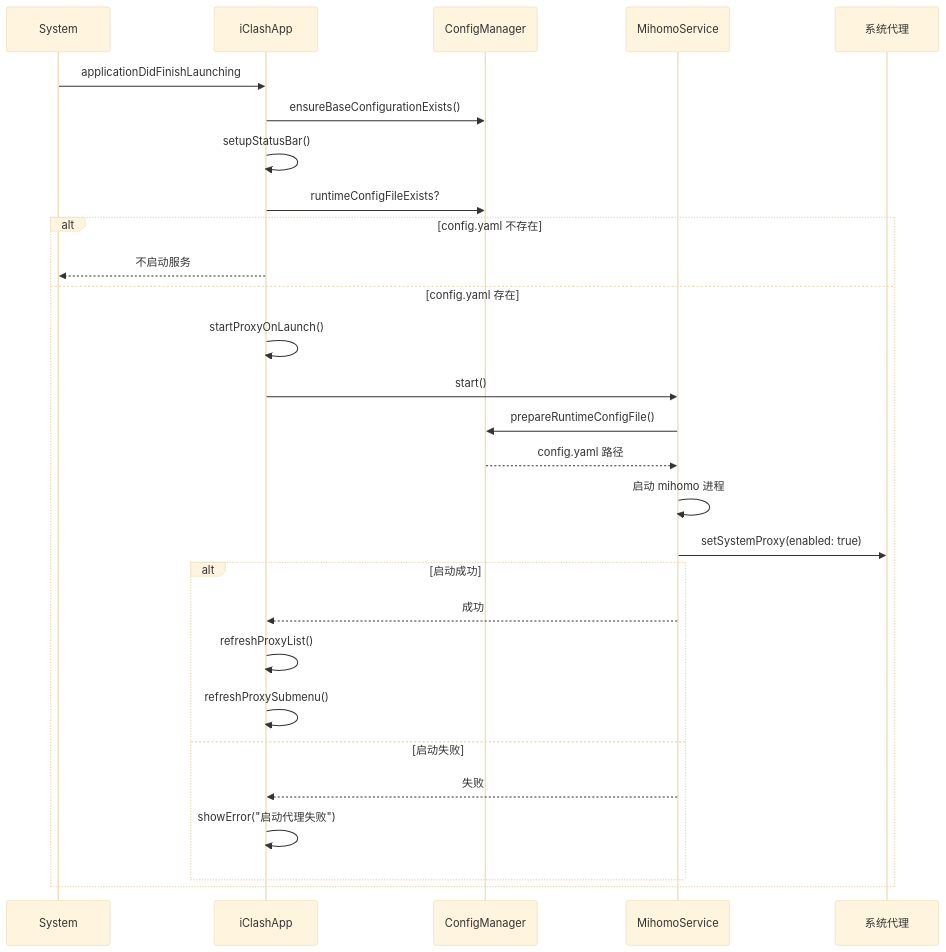
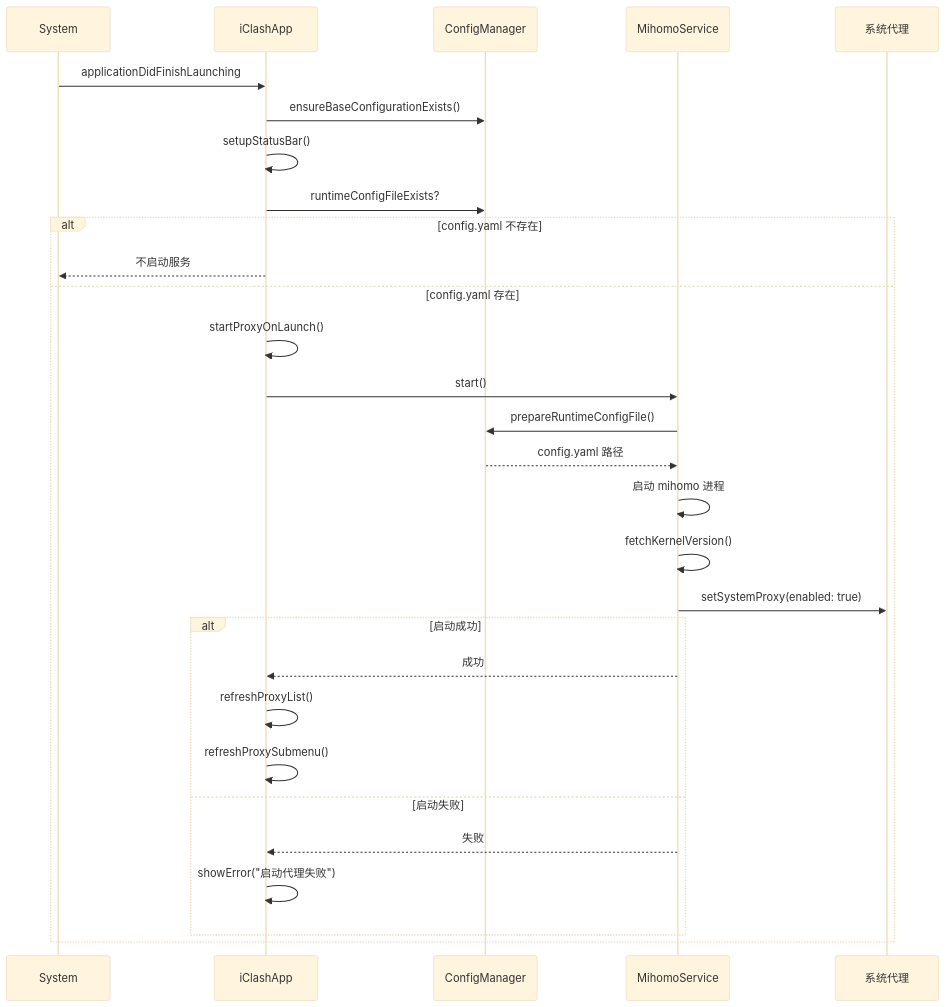
One commit to xdfnet/iClash changed the first of 5 diagrams in docs/sequence.md. Above: the diagram before and after it, drawn with Mermaid (base theme). The commit also changed other lines of this file and 2 other files, not shown here.

````diff
--- a/docs/sequence.md
+++ b/docs/sequence.md
@@ -5,35 +5,36 @@
 ```mermaid
 sequenceDiagram
     participant System
     participant App as iClashApp
     participant Config as ConfigManager
     participant Mihomo as MihomoService
     participant Proxy as 系统代理
 
     System->>App: applicationDidFinishLaunching
 
     App->>Config: ensureBaseConfigurationExists()
     App->>App: setupStatusBar()
     App->>Config: runtimeConfigFileExists?
 
     alt config.yaml 不存在
         App-->>System: 不启动服务
     else config.yaml 存在
         App->>App: startProxyOnLaunch()
 
         App->>Mihomo: start()
         Mihomo->>Config: prepareRuntimeConfigFile()
         Config-->>Mihomo: config.yaml 路径
         Mihomo->>Mihomo: 启动 mihomo 进程
+        Mihomo->>Mihomo: fetchKernelVersion()
         Mihomo->>Proxy: setSystemProxy(enabled: true)
 
         alt 启动成功
             Mihomo-->>App: 成功
             App->>App: refreshProxyList()
             App->>App: refreshProxySubmenu()
         else 启动失败
             Mihomo-->>App: 失败
             App->>App: showError("启动代理失败")
         end
     end
 ```
````
